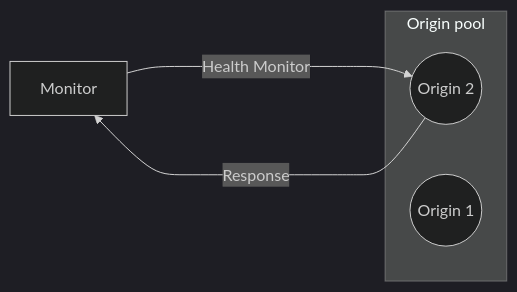
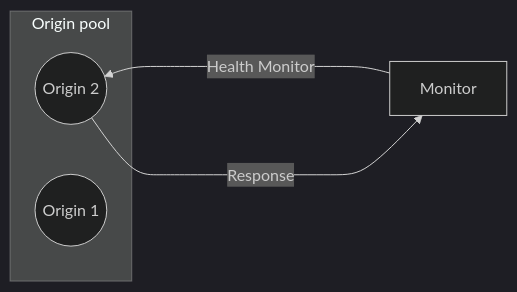
Before and after one commit to rdhanarot/cloudflare-docs: the diagram in content/load-balancing/_partials/_health-check-diagram.md, drawn with Mermaid (dark theme). The commit also changed 51 other files, not shown here.

````diff
--- a/content/load-balancing/_partials/_health-check-diagram.md
+++ b/content/load-balancing/_partials/_health-check-diagram.md
@@ -8,11 +8,11 @@
 ```mermaid
-    flowchart LR
+    flowchart RL
       accTitle: Load balancing monitor flow
       accDescr: Monitors issue health monitor requests, which validate the current status of servers within each origin pool.
       Monitor -- Health Monitor ----> Origin2
       Origin2 -- Response ----> Monitor
       subgraph Origin pool
       Origin1((Origin 1))
       Origin2((Origin 2))
       end
 ```
````
